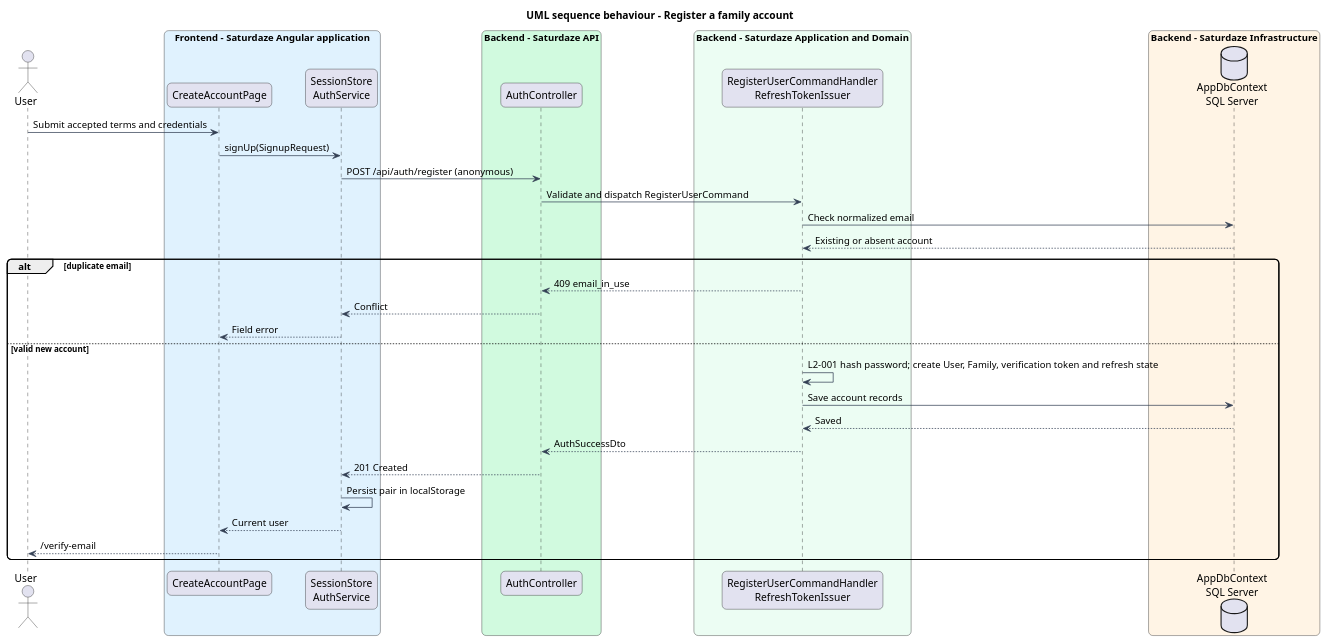
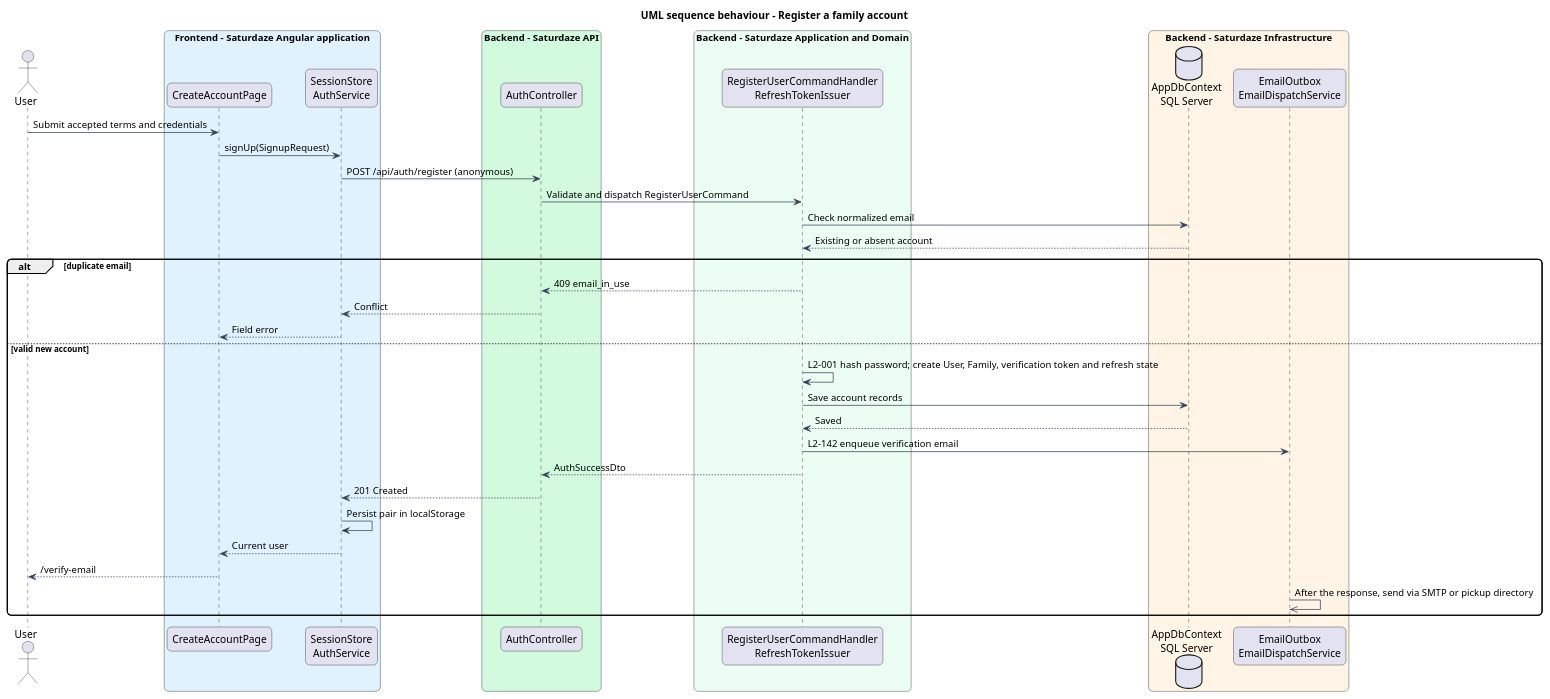
The diagram in docs/detailed-designs/identity-and-access/register-family-account/diagrams/sequence-register.puml (QuinntyneBrown/saturdaze), drawn with PlantUML before and after one commit. The commit also changed 28 other files, not shown here.

First line of the commit message:
Email verification and reset links to the account holder (L2-142)

```diff
--- a/docs/detailed-designs/identity-and-access/register-family-account/diagrams/sequence-register.puml
+++ b/docs/detailed-designs/identity-and-access/register-family-account/diagrams/sequence-register.puml
@@ -1,42 +1,45 @@
 @startuml
 title UML sequence behaviour - Register a family account
 skinparam backgroundColor #FFFFFF
 skinparam shadowing false
 skinparam roundcorner 12
 skinparam defaultFontName Arial
 skinparam ArrowColor #344054
 actor "User" as actor
 box "Frontend - Saturdaze Angular application" #E0F2FE
  participant "CreateAccountPage" as page
  participant "SessionStore\nAuthService" as client
 end box
 box "Backend - Saturdaze API" #D1FADF
  participant "AuthController" as controller
 end box
 box "Backend - Saturdaze Application and Domain" #ECFDF3
  participant "RegisterUserCommandHandler\nRefreshTokenIssuer" as handler
 end box
 box "Backend - Saturdaze Infrastructure" #FFF4E5
  database "AppDbContext\nSQL Server" as db
+ participant "EmailOutbox\nEmailDispatchService" as mail
 end box
 actor -> page : Submit accepted terms and credentials
 page -> client : signUp(SignupRequest)
 client -> controller : POST /api/auth/register (anonymous)
 controller -> handler : Validate and dispatch RegisterUserCommand
 handler -> db : Check normalized email
 db --> handler : Existing or absent account
 alt duplicate email
 handler --> controller : 409 email_in_use
 controller --> client : Conflict
 client --> page : Field error
 else valid new account
 handler -> handler : L2-001 hash password; create User, Family, verification token and refresh state
 handler -> db : Save account records
 db --> handler : Saved
+handler -> mail : L2-142 enqueue verification email
 handler --> controller : AuthSuccessDto
 controller --> client : 201 Created
 client -> client : Persist pair in localStorage
 client --> page : Current user
 page --> actor : /verify-email
+mail ->> mail : After the response, send via SMTP or pickup directory
 end
 @enduml
```
